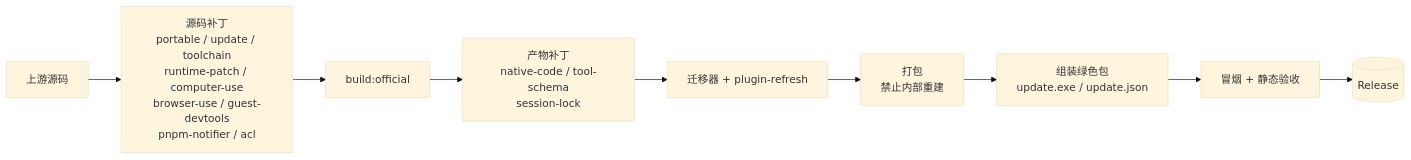
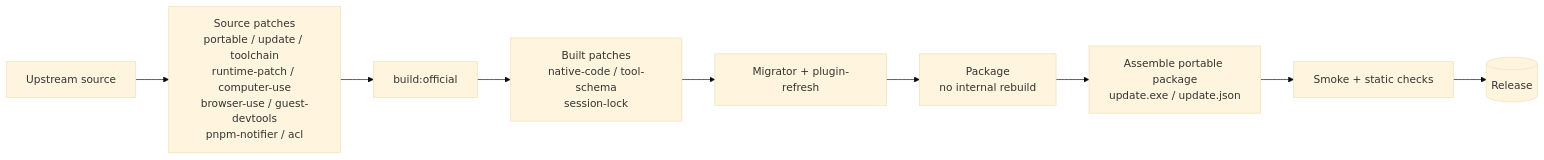
Before and after one commit to citydirector/DSH-build: the diagram in README.md, drawn with Mermaid (base theme). The commit also changed other lines of this file and 2 other files, not shown here.

````diff
--- a/README.md
+++ b/README.md
@@ -72,11 +74,11 @@
 ```mermaid
 flowchart LR
-  U[上游源码] --> S[源码补丁<br/>portable / update / toolchain<br/>runtime-patch / computer-use<br/>browser-use / guest-devtools<br/>pnpm-notifier / acl]
+  U[Upstream source] --> S[Source patches<br/>portable / update / toolchain<br/>runtime-patch / computer-use<br/>browser-use / guest-devtools<br/>pnpm-notifier / acl]
   S --> B[build:official]
-  B --> L[产物补丁<br/>native-code / tool-schema<br/>session-lock]
-  L --> M[迁移器 + plugin-refresh]
-  M --> P[打包<br/>禁止内部重建]
-  P --> G[组装绿色包<br/>update.exe / update.json]
-  G --> V[冒烟 + 静态验收]
+  B --> L[Built patches<br/>native-code / tool-schema<br/>session-lock]
+  L --> M[Migrator + plugin-refresh]
+  M --> P[Package<br/>no internal rebuild]
+  P --> G[Assemble portable package<br/>update.exe / update.json]
+  G --> V[Smoke + static checks]
   V --> R[(Release)]
 ```
````
